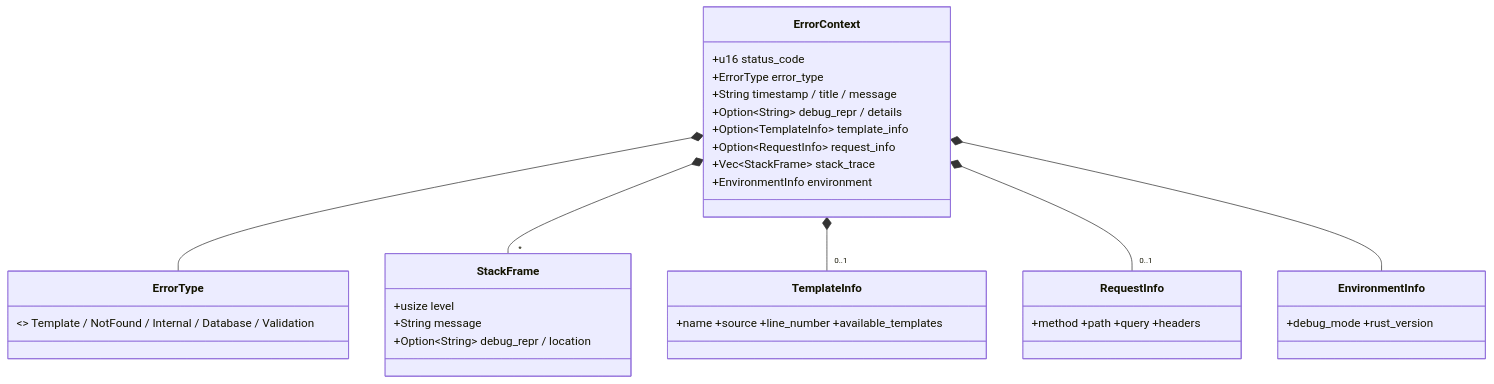
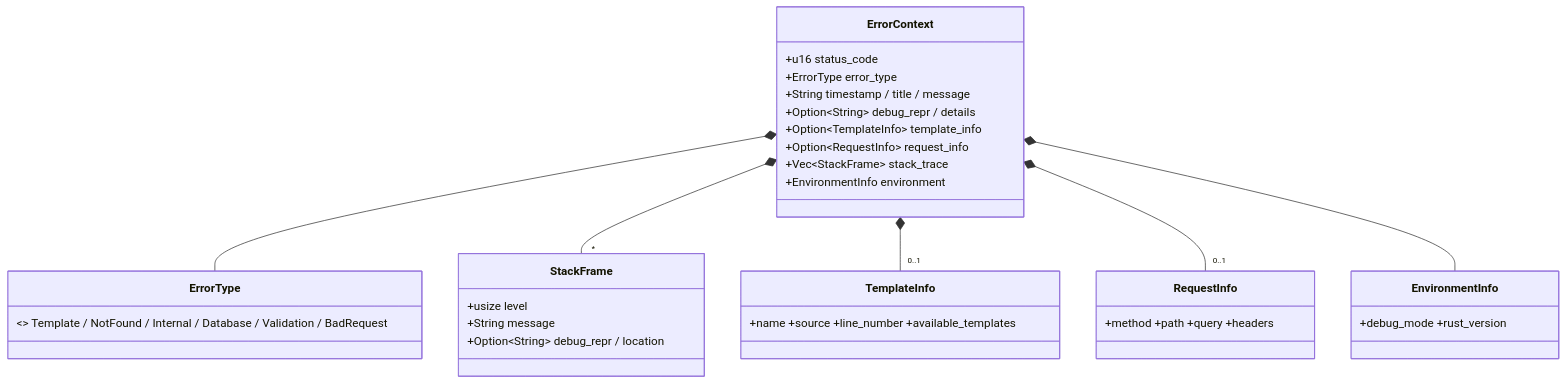
The first of 5 diagrams in diagramme/uml/transverse/utilitaires.md (seb-alliot/runique), drawn with Mermaid before and after one commit. The commit also changed 131 other files, not shown here.

Commit message:
maj doc, change flow authenticated

````diff
--- a/diagramme/uml/transverse/utilitaires.md
+++ b/diagramme/uml/transverse/utilitaires.md
@@ -9,29 +9,29 @@
 ```mermaid
 classDiagram
     class ErrorContext {
         +u16 status_code
         +ErrorType error_type
         +String timestamp / title / message
         +Option~String~ debug_repr / details
         +Option~TemplateInfo~ template_info
         +Option~RequestInfo~ request_info
         +Vec~StackFrame~ stack_trace
         +EnvironmentInfo environment
     }
     class ErrorType {
-        <<enum>> Template / NotFound / Internal / Database / Validation
+        <<enum>> Template / NotFound / Internal / Database / Validation / BadRequest
     }
     class StackFrame {
         +usize level
         +String message
         +Option~String~ debug_repr / location
     }
     class TemplateInfo { +name +source +line_number +available_templates }
     class RequestInfo { +method +path +query +headers }
     class EnvironmentInfo { +debug_mode +rust_version }
     ErrorContext *-- ErrorType
     ErrorContext *-- "*" StackFrame
     ErrorContext *-- "0..1" TemplateInfo
     ErrorContext *-- "0..1" RequestInfo
     ErrorContext *-- EnvironmentInfo
 ```
````
